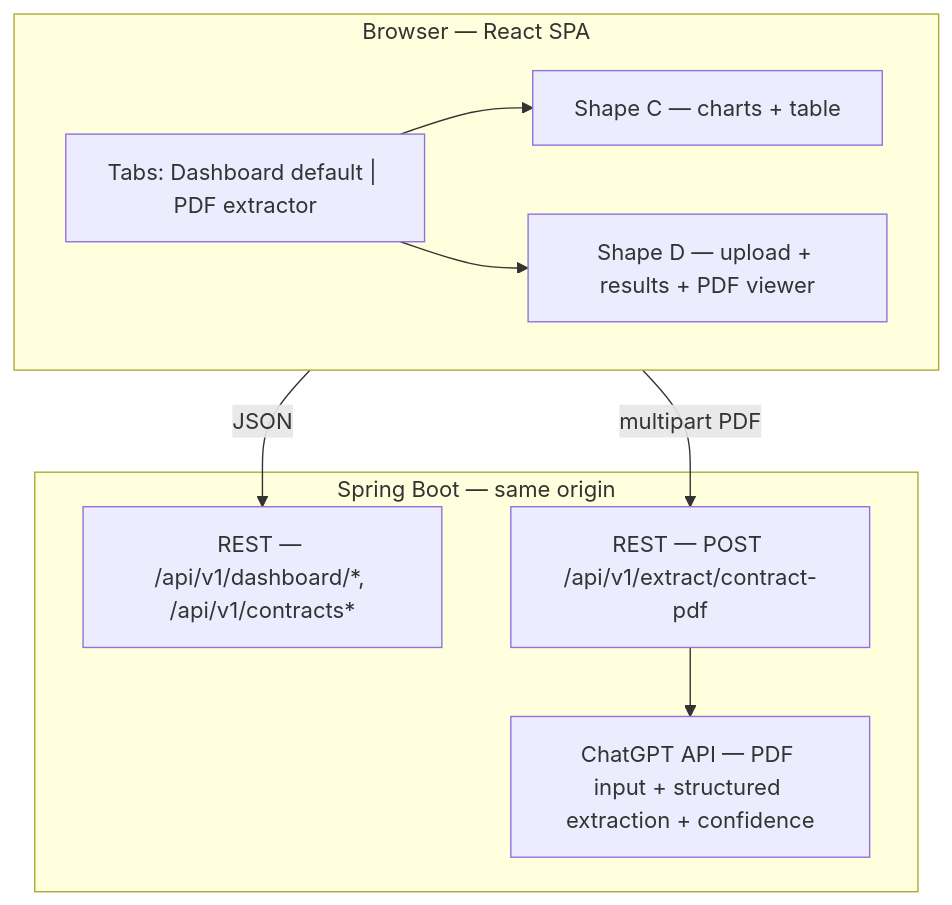
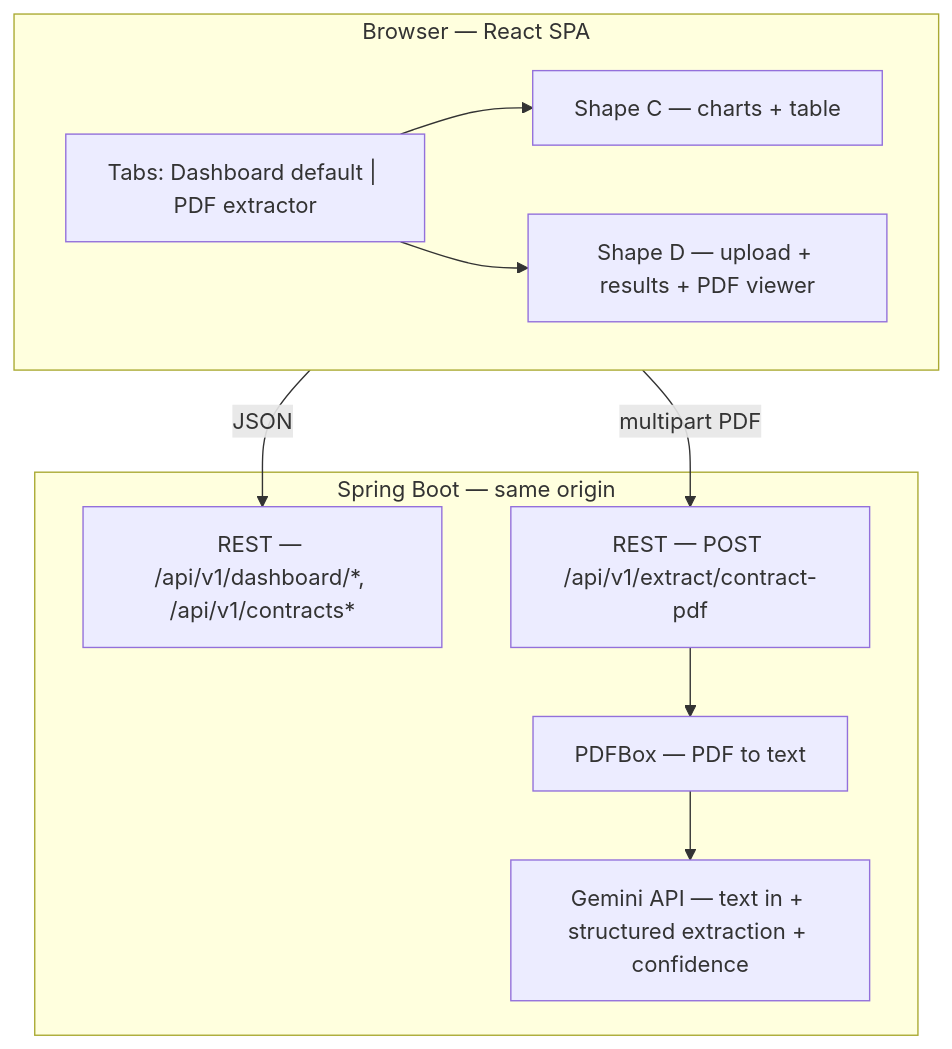
The diagram in 07_mvp_doc/shape_d_pdf_contract_extractor_tdd.md (jbazkar/pillar-thriving-city-hall), drawn with Mermaid before and after one commit. The commit also changed other lines of this file and 12 other files, not shown here.

````diff
--- a/07_mvp_doc/shape_d_pdf_contract_extractor_tdd.md
+++ b/07_mvp_doc/shape_d_pdf_contract_extractor_tdd.md
@@ -48,20 +48,22 @@
 ```mermaid
 flowchart TB
   subgraph client [Browser — React SPA]
     Tabs["Tabs: Dashboard default | PDF extractor"]
     Dash["Shape C — charts + table"]
     Extract["Shape D — upload + results + PDF viewer"]
     Tabs --> Dash
     Tabs --> Extract
   end
 
   subgraph jar [Spring Boot — same origin]
     REST_C["REST — /api/v1/dashboard/*, /api/v1/contracts*"]
     REST_D["REST — POST /api/v1/extract/contract-pdf"]
-    OAI["ChatGPT API — PDF input + structured extraction + confidence"]
-    REST_D --> OAI
+    PDFBOX["PDFBox — PDF to text"]
+    GEM["Gemini API — text in + structured extraction + confidence"]
+    REST_D --> PDFBOX
+    PDFBOX --> GEM
   end
 
   client -->|JSON| REST_C
   client -->|multipart PDF| REST_D
 ```
````
